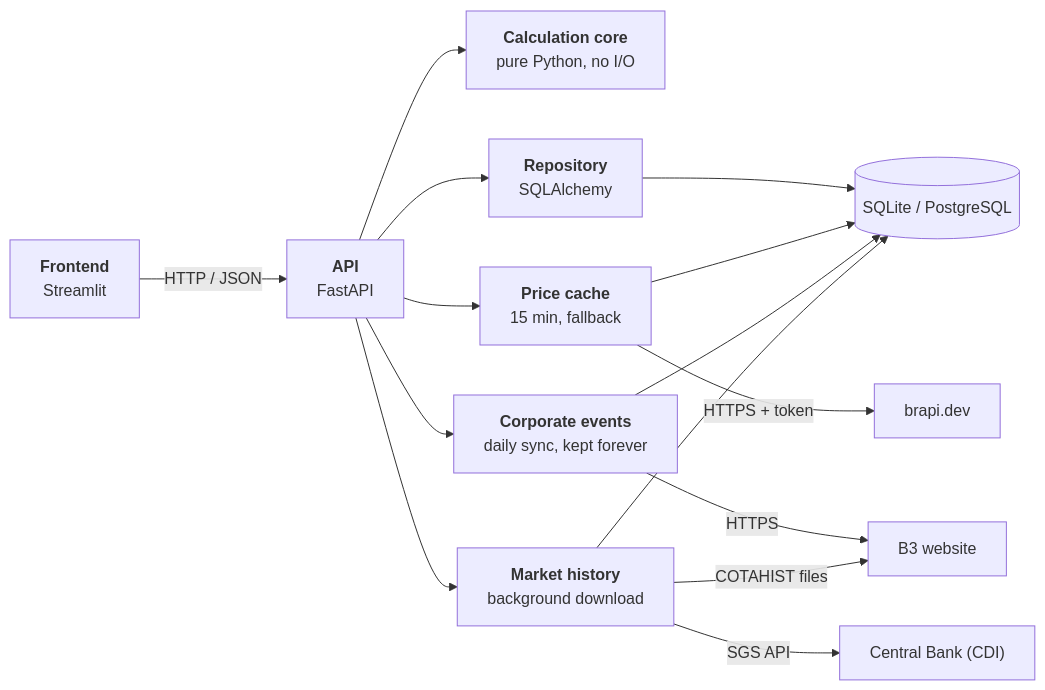
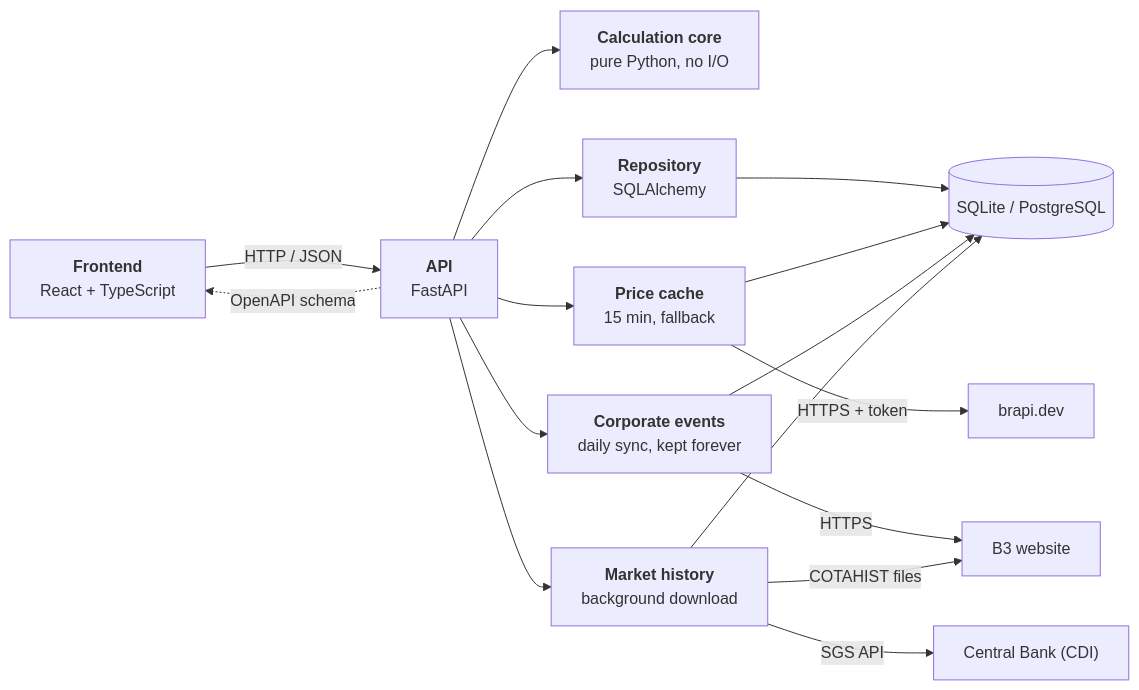
Before and after one commit to samuel-mendes-monteiro/InvestTrack: the diagram in README.md, drawn with Mermaid. The commit also changed other lines of this file and 14 other files, not shown here.

First line of the commit message:
Replace the Streamlit UI with the React frontend; v1.0.0

````diff
--- a/README.md
+++ b/README.md
@@ -41,17 +44,18 @@
 ```mermaid
 flowchart LR
-    UI["<b>Frontend</b><br/>Streamlit"] -- "HTTP / JSON" --> API["<b>API</b><br/>FastAPI"]
+    UI["<b>Frontend</b><br/>React + TypeScript"] -- "HTTP / JSON" --> API["<b>API</b><br/>FastAPI"]
+    API -. "OpenAPI schema" .-> UI
     API --> Core["<b>Calculation core</b><br/>pure Python, no I/O"]
     API --> Repo["<b>Repository</b><br/>SQLAlchemy"]
     Repo --> DB[("SQLite / PostgreSQL")]
     API --> Prices["<b>Price cache</b><br/>15 min, fallback"]
     Prices -- "HTTPS + token" --> Brapi["brapi.dev"]
     Prices --> DB
     API --> Events["<b>Corporate events</b><br/>daily sync, kept forever"]
     Events -- "HTTPS" --> B3["B3 website"]
     Events --> DB
     API --> Market["<b>Market history</b><br/>background download"]
     Market -- "COTAHIST files" --> B3
     Market -- "SGS API" --> BCB["Central Bank (CDI)"]
     Market --> DB
 ```
````
